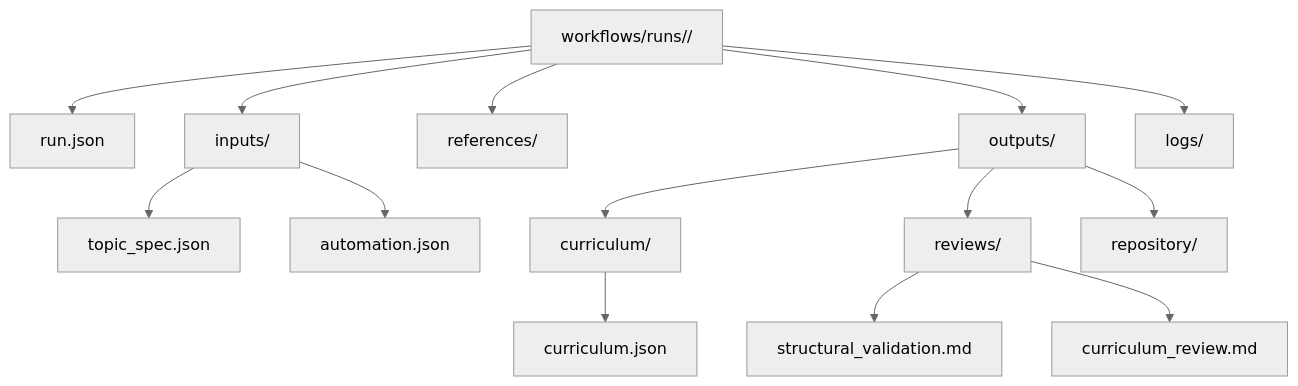
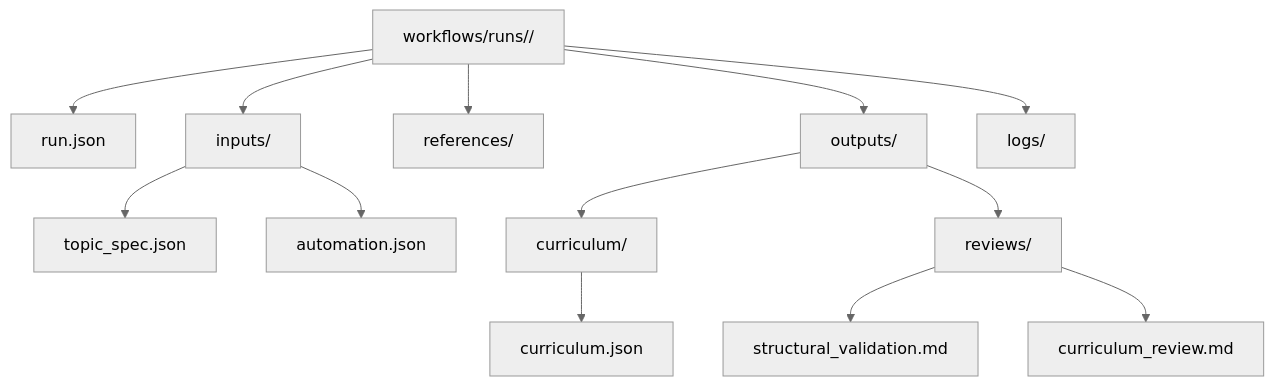
One commit to Kaastor/curriculum-builder changed the third of 3 diagrams in README.md. Above: the diagram before and after it, drawn with Mermaid (neutral theme). The commit also changed other lines of this file and 15 other files, not shown here.

````diff
--- a/README.md
+++ b/README.md
@@ -222,17 +193,16 @@
 ```mermaid
 flowchart TD
     A[workflows/runs/<run_id>/]
     A --> B[run.json]
     A --> C[inputs/]
     C --> C1[topic_spec.json]
     C --> C2[automation.json]
     A --> D[references/]
     A --> E[outputs/]
     E --> E1[curriculum/]
     E1 --> E1a[curriculum.json]
     E --> E2[reviews/]
     E2 --> E2a[structural_validation.md]
     E2 --> E2b[curriculum_review.md]
-    E --> E3[repository/]
     A --> F[logs/]
 ```
````
